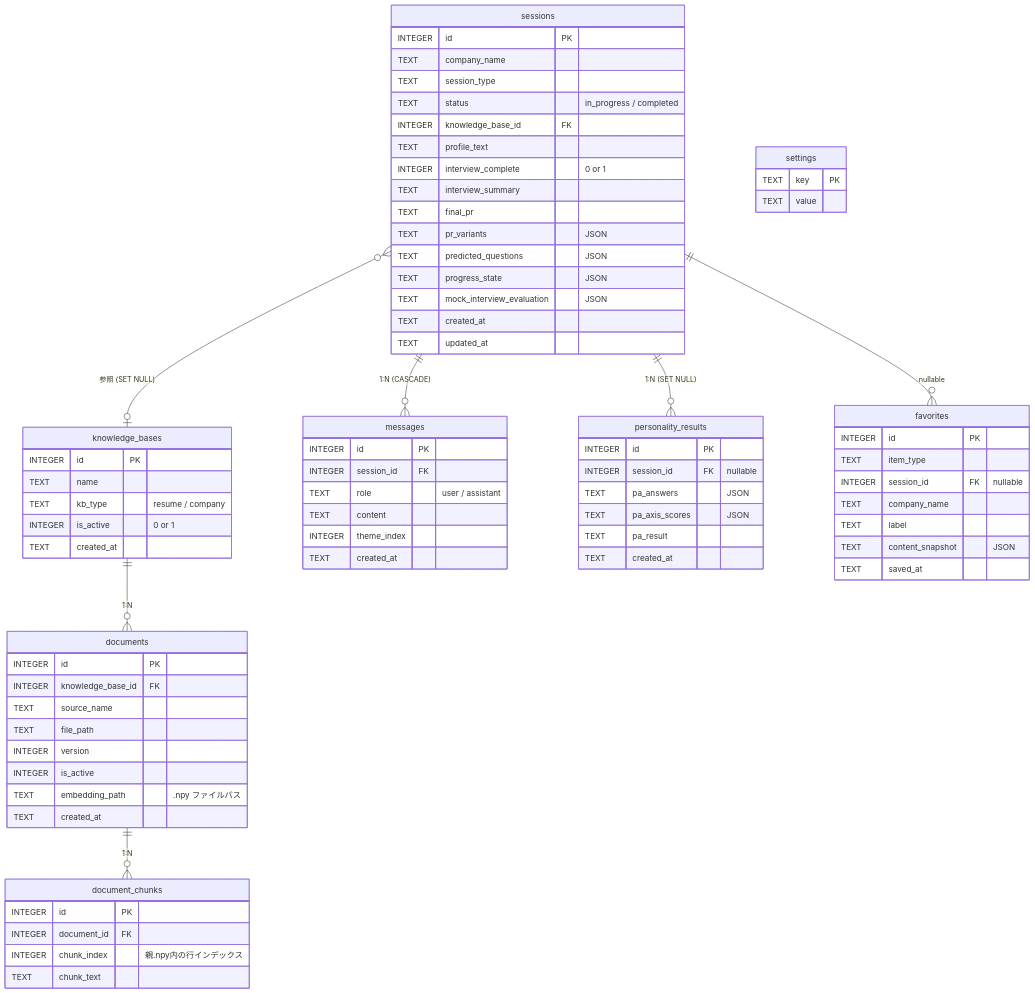
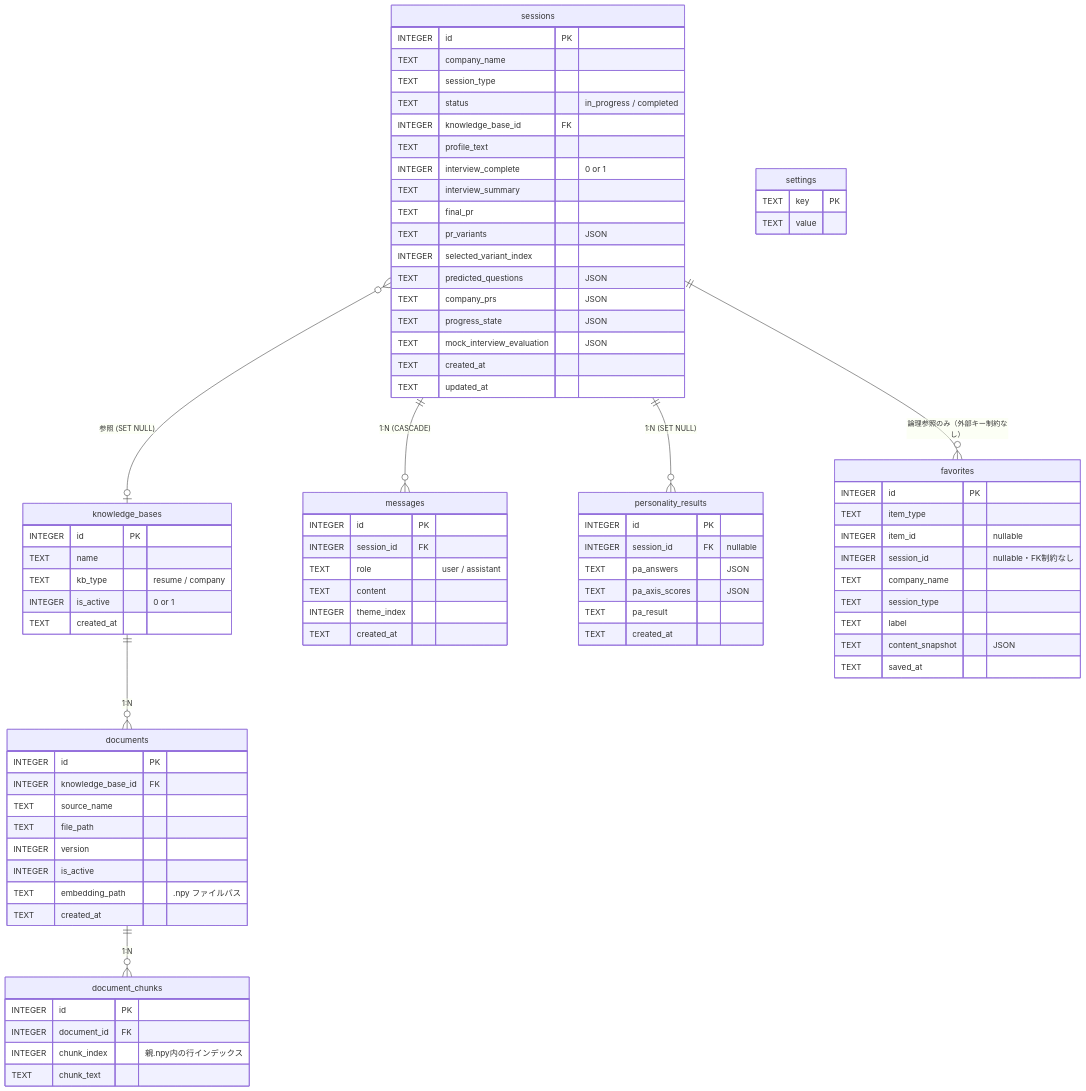
Before and after one commit to Myubd/interview-ai-app: the diagram in streamlit/db/README.md, drawn with Mermaid. The commit also changed other lines of this file and 31 other files, not shown here.

````diff
--- a/streamlit/db/README.md
+++ b/streamlit/db/README.md
@@ -60,7 +60,9 @@
         TEXT interview_summary
         TEXT final_pr
         TEXT pr_variants "JSON"
+        INTEGER selected_variant_index
         TEXT predicted_questions "JSON"
+        TEXT company_prs "JSON"
         TEXT progress_state "JSON"
         TEXT mock_interview_evaluation "JSON"
         TEXT created_at
@@ -93,8 +95,10 @@
     favorites {
         INTEGER id PK
         TEXT item_type
-        INTEGER session_id FK "nullable"
+        INTEGER item_id "nullable"
+        INTEGER session_id "nullable・FK制約なし"
         TEXT company_name
+        TEXT session_type
         TEXT label
         TEXT content_snapshot "JSON"
         TEXT saved_at
@@ -105,5 +109,5 @@
     sessions }o--o| knowledge_bases : "参照 (SET NULL)"
     sessions ||--o{ messages : "1:N (CASCADE)"
     sessions ||--o{ personality_results : "1:N (SET NULL)"
-    sessions ||--o{ favorites : "nullable"
+    sessions ||--o{ favorites : "論理参照のみ（外部キー制約なし）"
 ```
````
